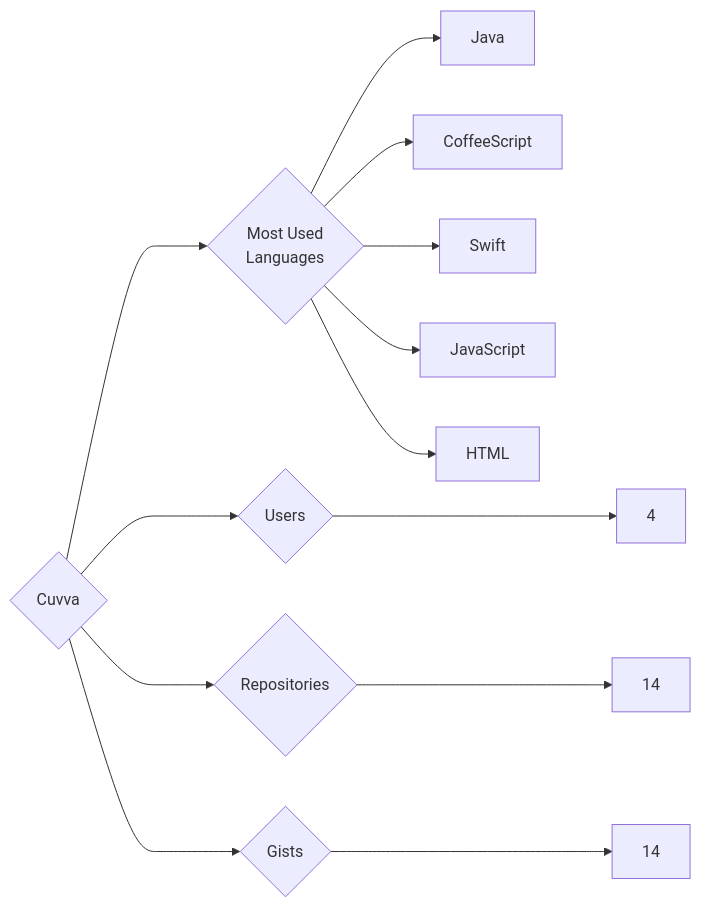
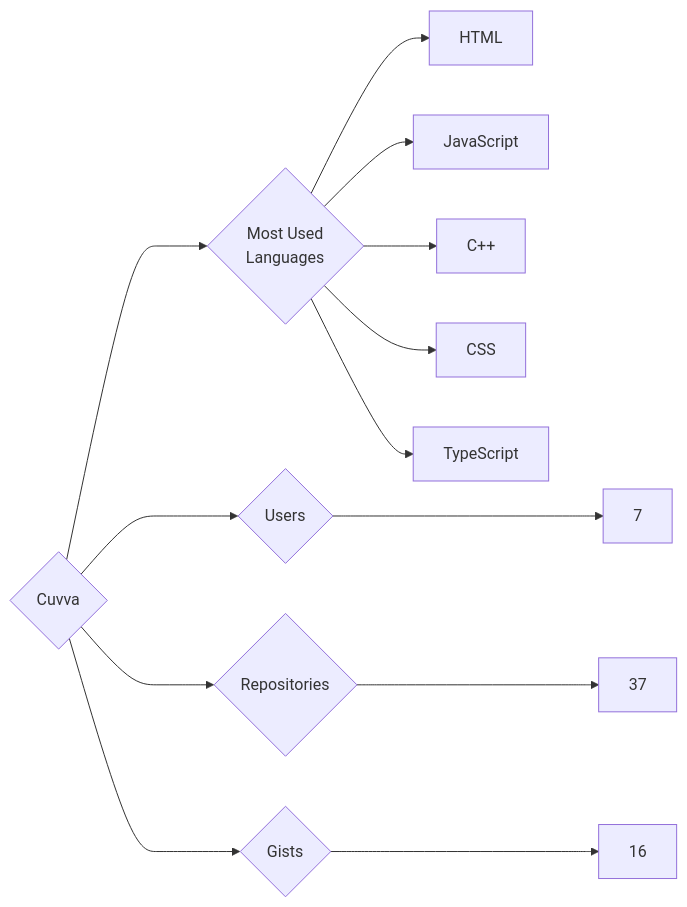
One commit to trickest/insiders changed the diagram in targets/Cuvva/README.md. Above: the diagram before and after it, drawn with Mermaid. The commit also changed 718 other files, not shown here.

````diff
--- a/targets/Cuvva/README.md
+++ b/targets/Cuvva/README.md
@@ -3,13 +3,13 @@
 ```mermaid
 graph LR
 COMPANY_NAME{Cuvva}
-COMPANY_NAME ---> U{Users} ---> UN[4]
-COMPANY_NAME ---> R{Repositories} ---> RN[14]
-COMPANY_NAME ---> G{Gists} ---> GN[14]
+COMPANY_NAME ---> U{Users} ---> UN[7]
+COMPANY_NAME ---> R{Repositories} ---> RN[37]
+COMPANY_NAME ---> G{Gists} ---> GN[16]
 COMPANY_NAME ---> ML{Most Used<br>Languages}
-ML --> Java[Java]
-ML --> CoffeeScript[CoffeeScript]
-ML --> Swift[Swift]
+ML --> HTML[HTML]
 ML --> JavaScript[JavaScript]
-ML --> HTML[HTML]
+ML --> C++[C++]
+ML --> CSS[CSS]
+ML --> TypeScript[TypeScript]
 ```
````
